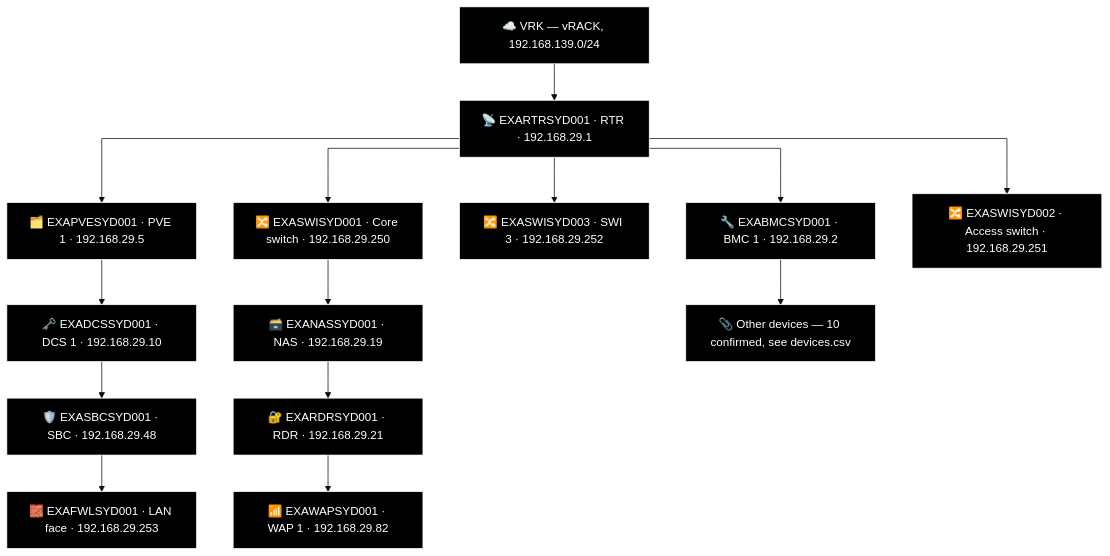
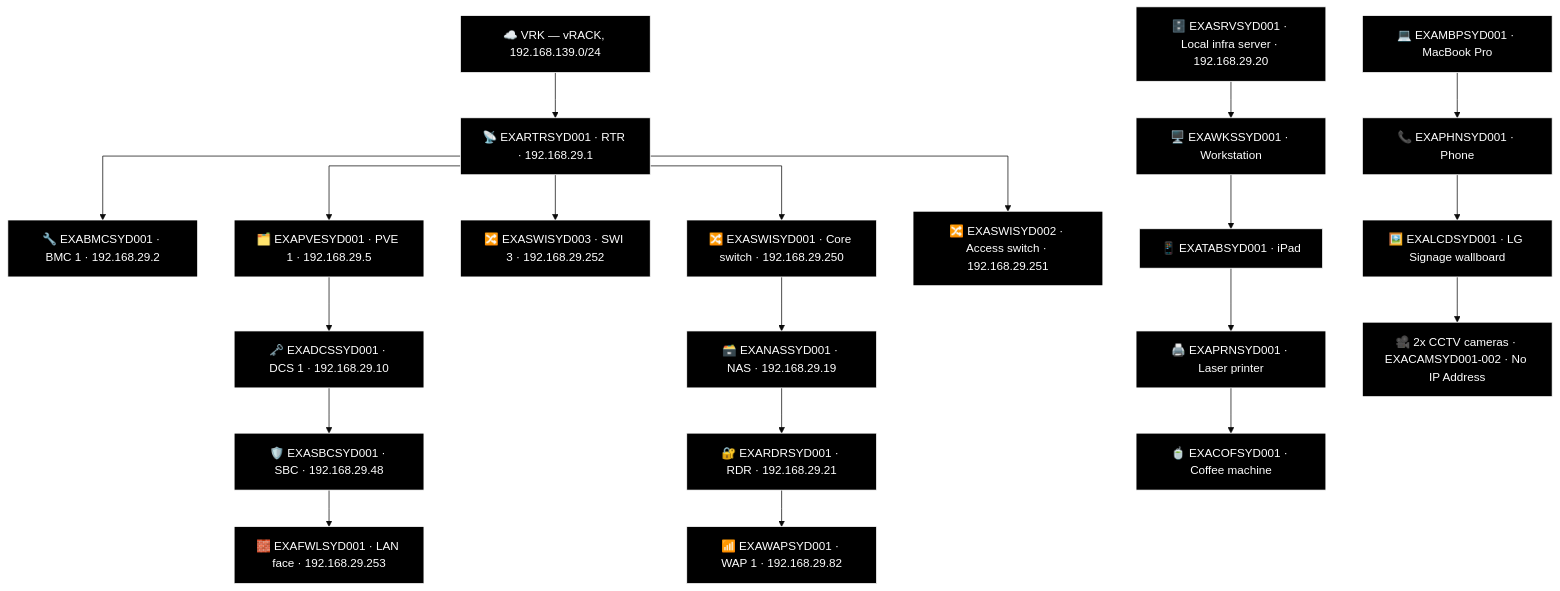
Before and after one commit to knightmare2600/example_music_infra: the second of 4 diagrams in docs/network-diagram/australia.md, drawn with Mermaid (base theme). The commit also changed other lines of this file and 8 other files, not shown here.

First line of the commit message:
generate_network_diagrams.py: port FAL's two-column "Other" bucket into the generator

````diff
--- a/docs/network-diagram/australia.md
+++ b/docs/network-diagram/australia.md
@@ -57,43 +57,60 @@
 ```mermaid
 %% GENERATED:TOPOLOGY:SYD:START
 %%{init: {'flowchart': {'curve': 'stepAfter'}}}%%
 graph TD
     T_VRK["☁️ VRK — vRACK, 192.168.139.0/24"]
     T_RTR["📡 EXARTRSYD001 · RTR · 192.168.29.1"]
     T_VRK --> T_RTR
     T_BMC["🔧 EXABMCSYD001 · BMC 1 · 192.168.29.2"]
     T_RTR --> T_BMC
     T_PVE["🗂️ EXAPVESYD001 · PVE 1 · 192.168.29.5"]
     T_RTR --> T_PVE
     T_SWI["🔀 EXASWISYD003 · SWI 3 · 192.168.29.252"]
     T_RTR --> T_SWI
     T_SWI2["🔀 EXASWISYD001 · Core switch · 192.168.29.250"]
     T_RTR --> T_SWI2
     T_SWI3["🔀 EXASWISYD002 · Access switch · 192.168.29.251"]
     T_RTR --> T_SWI3
     T_NAS["🗃️ EXANASSYD001 · NAS · 192.168.29.19"]
     T_RDR["🔐 EXARDRSYD001 · RDR · 192.168.29.21"]
     T_WAP["📶 EXAWAPSYD001 · WAP 1 · 192.168.29.82"]
     T_SWI2 --> T_NAS --> T_RDR --> T_WAP
     T_DCS["🗝️ EXADCSSYD001 · DCS 1 · 192.168.29.10"]
     T_SBC["🛡️ EXASBCSYD001 · SBC · 192.168.29.48"]
     T_FWL["🧱 EXAFWLSYD001 · LAN face · 192.168.29.253"]
     T_PVE --> T_DCS --> T_SBC --> T_FWL
-    T_OTHER["📎 Other devices — 10 confirmed, see devices.csv"]
-    T_BMC --> T_OTHER
+    T_SRV["🗄️ EXASRVSYD001 · Local infra server · 192.168.29.20"]
+    T_MBP["💻 EXAMBPSYD001 · MacBook Pro"]
+    T_WKS["🖥️ EXAWKSSYD001 · Workstation"]
+    T_PHN["📞 EXAPHNSYD001 · Phone"]
+    T_TAB["📱 EXATABSYD001 · iPad"]
+    T_LCD["🖼️ EXALCDSYD001 · LG Signage wallboard"]
+    T_PRN["🖨️ EXAPRNSYD001 · Laser printer"]
+    T_OTH_CAM["🎥 2x CCTV cameras · EXACAMSYD001-002 · No IP Address"]
+    T_COF["🍵 EXACOFSYD001 · Coffee machine"]
+    T_SRV --> T_WKS --> T_TAB --> T_PRN --> T_COF
+    T_MBP --> T_PHN --> T_LCD --> T_OTH_CAM
     style T_VRK fill:#000000,stroke:#FFFFFF,color:#FFFFFF
     style T_RTR fill:#000000,stroke:#FFFFFF,color:#FFFFFF
     style T_BMC fill:#000000,stroke:#FFFFFF,color:#FFFFFF
     style T_PVE fill:#000000,stroke:#FFFFFF,color:#FFFFFF
     style T_SWI fill:#000000,stroke:#FFFFFF,color:#FFFFFF
     style T_SWI2 fill:#000000,stroke:#FFFFFF,color:#FFFFFF
     style T_SWI3 fill:#000000,stroke:#FFFFFF,color:#FFFFFF
     style T_NAS fill:#000000,stroke:#FFFFFF,color:#FFFFFF
     style T_RDR fill:#000000,stroke:#FFFFFF,color:#FFFFFF
     style T_WAP fill:#000000,stroke:#FFFFFF,color:#FFFFFF
     style T_DCS fill:#000000,stroke:#FFFFFF,color:#FFFFFF
     style T_SBC fill:#000000,stroke:#FFFFFF,color:#FFFFFF
     style T_FWL fill:#000000,stroke:#FFFFFF,color:#FFFFFF
-    style T_OTHER fill:#000000,stroke:#FFFFFF,color:#FFFFFF
+    style T_SRV fill:#000000,stroke:#FFFFFF,color:#FFFFFF
+    style T_MBP fill:#000000,stroke:#FFFFFF,color:#FFFFFF
+    style T_WKS fill:#000000,stroke:#FFFFFF,color:#FFFFFF
+    style T_PHN fill:#000000,stroke:#FFFFFF,color:#FFFFFF
+    style T_TAB fill:#000000,stroke:#FFFFFF,color:#FFFFFF
+    style T_LCD fill:#000000,stroke:#FFFFFF,color:#FFFFFF
+    style T_PRN fill:#000000,stroke:#FFFFFF,color:#FFFFFF
+    style T_OTH_CAM fill:#000000,stroke:#FFFFFF,color:#FFFFFF
+    style T_COF fill:#000000,stroke:#FFFFFF,color:#FFFFFF
 %% GENERATED:TOPOLOGY:SYD:END
 ```
````
